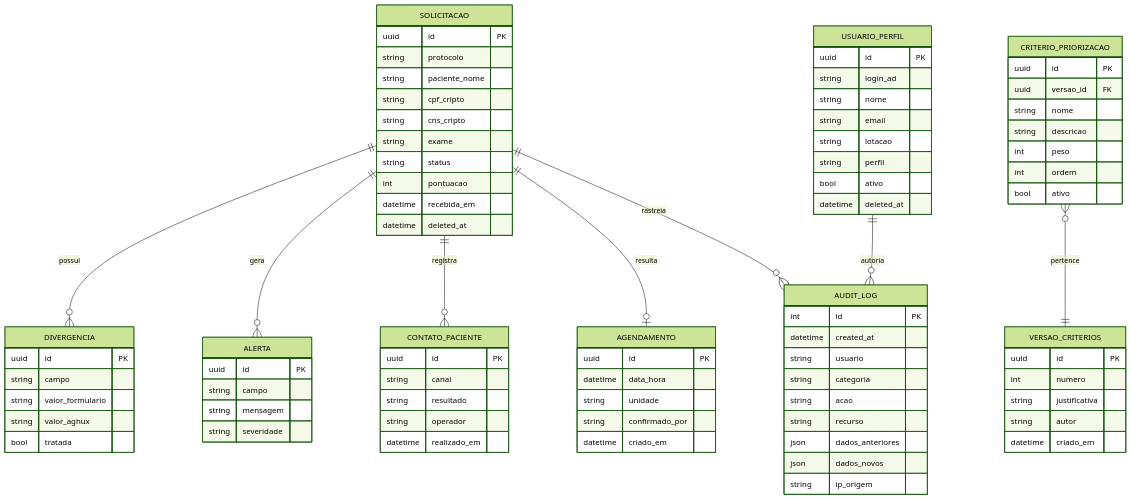
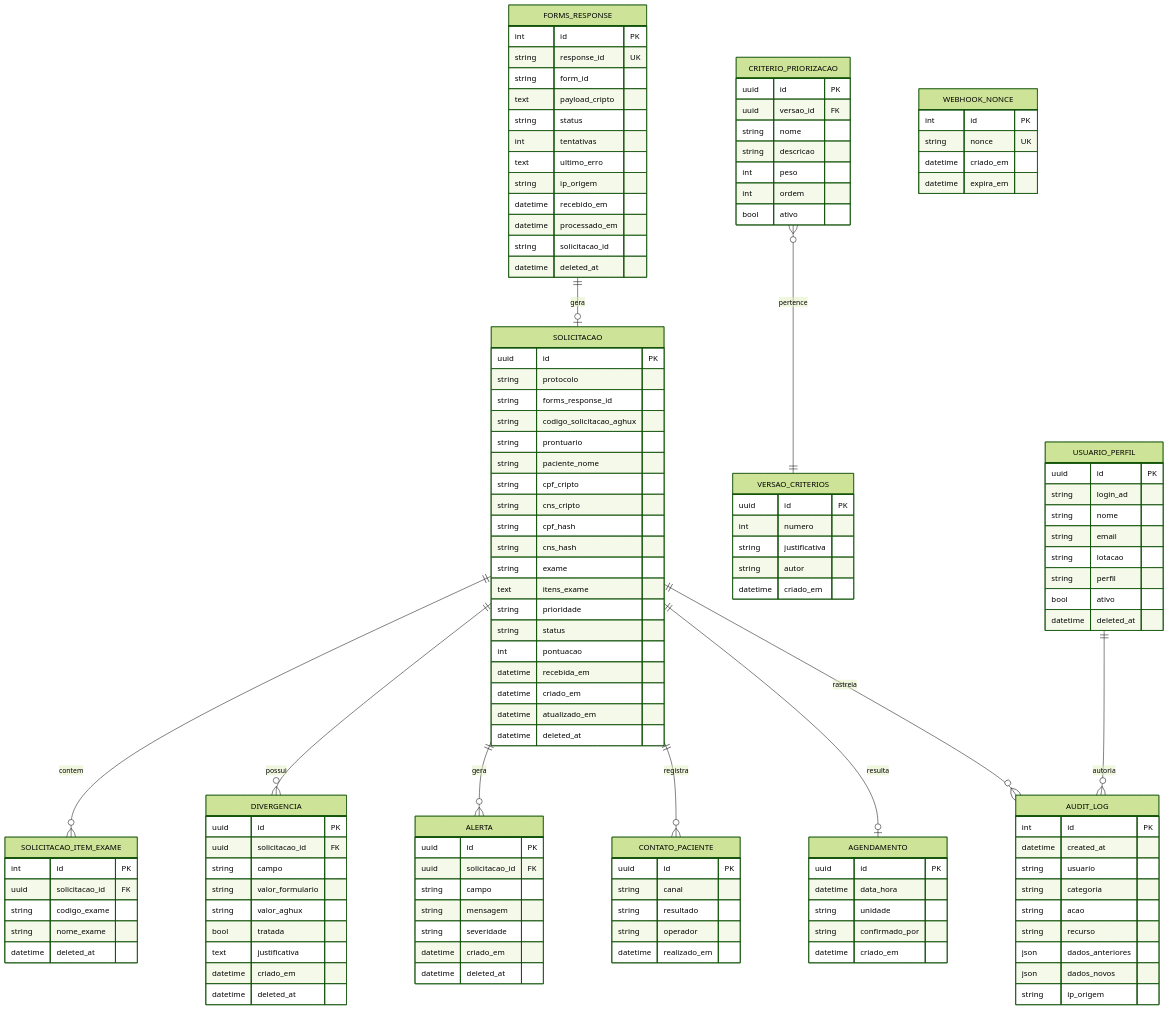
The diagram in docs/especificacao/04-modelo-dados.md (HCUFPE/Framework-SETISD-HC-UFPE), drawn with Mermaid (forest theme) before and after one commit. The commit also changed other lines of this file and 29 other files, not shown here.

First line of the commit message:
feat(integracoes): adicionar webhook Forms com cruzamento AGHUX

````diff
--- a/docs/especificacao/04-modelo-dados.md
+++ b/docs/especificacao/04-modelo-dados.md
@@ -5,5 +5,7 @@
 ```mermaid
 erDiagram
+  FORMS_RESPONSE ||--o| SOLICITACAO : gera
+  SOLICITACAO ||--o{ SOLICITACAO_ITEM_EXAME : contem
   SOLICITACAO ||--o{ DIVERGENCIA : possui
   SOLICITACAO ||--o{ ALERTA : gera
   SOLICITACAO ||--o{ CONTATO_PACIENTE : registra
@@ -12,16 +14,52 @@
   CRITERIO_PRIORIZACAO }o--|| VERSAO_CRITERIOS : pertence
   USUARIO_PERFIL ||--o{ AUDIT_LOG : autoria
 
+  FORMS_RESPONSE {
+    int id PK
+    string response_id UK
+    string form_id
+    text payload_cripto
+    string status
+    int tentativas
+    text ultimo_erro
+    string ip_origem
+    datetime recebido_em
+    datetime processado_em
+    string solicitacao_id
+    datetime deleted_at
+  }
+  WEBHOOK_NONCE {
+    int id PK
+    string nonce UK
+    datetime criado_em
+    datetime expira_em
+  }
   SOLICITACAO {
     uuid id PK
     string protocolo
+    string forms_response_id
+    string codigo_solicitacao_aghux
+    string prontuario
     string paciente_nome
     string cpf_cripto
     string cns_cripto
+    string cpf_hash
+    string cns_hash
     string exame
+    text itens_exame
+    string prioridade
     string status
     int pontuacao
     datetime recebida_em
+    datetime criado_em
+    datetime atualizado_em
+    datetime deleted_at
+  }
+  SOLICITACAO_ITEM_EXAME {
+    int id PK
+    uuid solicitacao_id FK
+    string codigo_exame
+    string nome_exame
     datetime deleted_at
   }
   CRITERIO_PRIORIZACAO {
@@ -42,16 +80,23 @@
   }
   DIVERGENCIA {
     uuid id PK
+    uuid solicitacao_id FK
     string campo
     string valor_formulario
     string valor_aghux
     bool tratada
+    text justificativa
+    datetime criado_em
+    datetime deleted_at
   }
   ALERTA {
     uuid id PK
+    uuid solicitacao_id FK
     string campo
     string mensagem
     string severidade
+    datetime criado_em
+    datetime deleted_at
   }
   CONTATO_PACIENTE {
     uuid id PK
````
